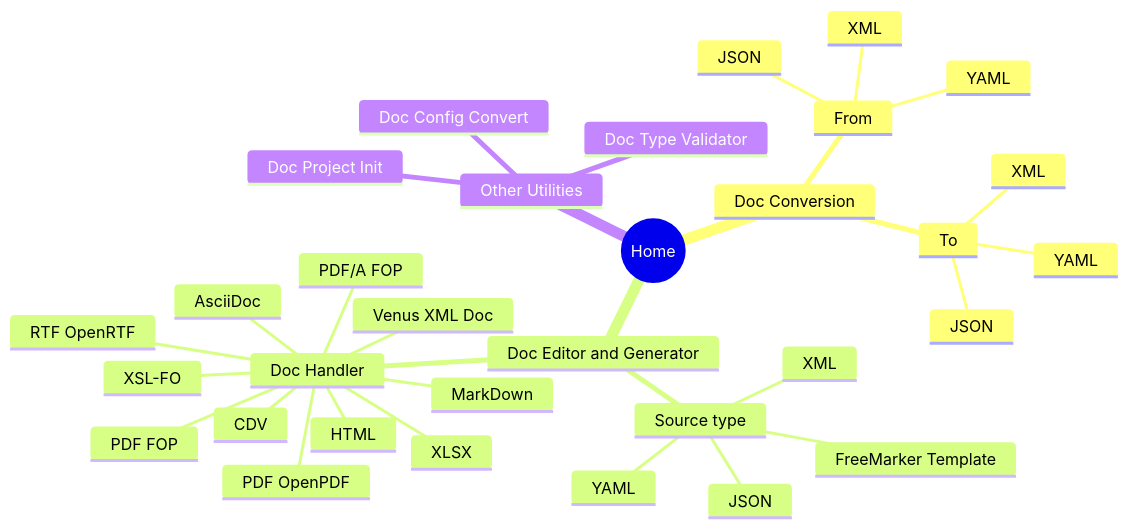
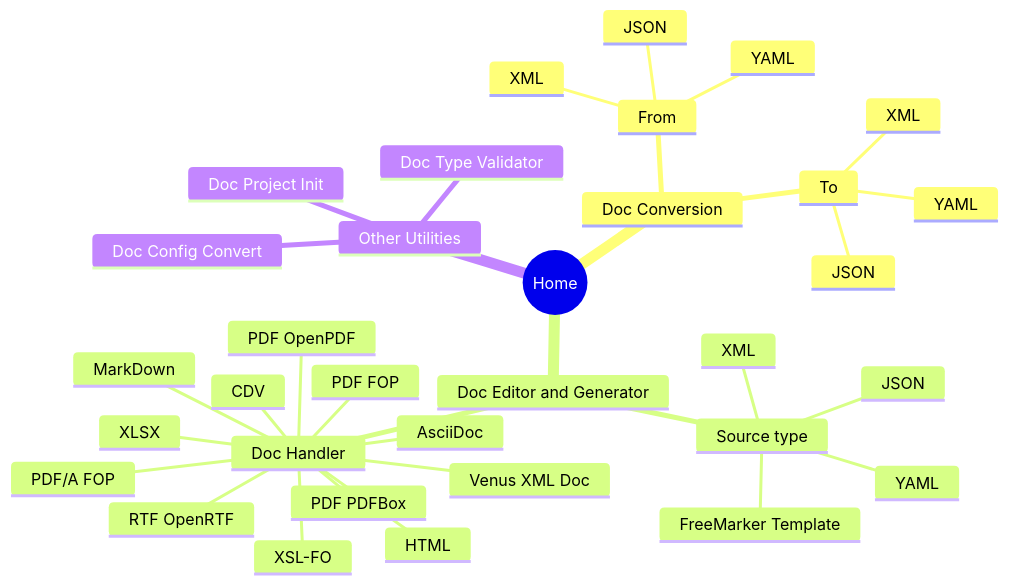
One commit to fugerit-org/fj-doc changed the diagram in fj-doc-guide/src/main/docs/asciidoc/chapters/09_doc-playground.adoc. Above: the diagram before and after it, drawn with Mermaid. The commit also changed 20 other files, not shown here.

```diff
--- a/fj-doc-guide/src/main/docs/asciidoc/chapters/09_doc-playground.adoc
+++ b/fj-doc-guide/src/main/docs/asciidoc/chapters/09_doc-playground.adoc
@@ -13,36 +13,37 @@
 [mermaid, title="Quarkus Playground Menu"]
 ....
 mindmap
   root((Home))
     Doc Conversion
       From
         XML
         JSON
         YAML
       To
         XML
         JSON
         YAML
     Doc Editor and Generator
       Source type
         FreeMarker Template
         XML
         JSON
         YAML
       Doc Handler
         HTML
         PDF FOP
         PDF/A FOP
         XLSX
         MarkDown
         Venus XML Doc
         XSL-FO
         CDV
         PDF OpenPDF
         RTF OpenRTF
+        PDF PDFBox
         AsciiDoc
     Other Utilities
       Doc Project Init
       Doc Type Validator
       Doc Config Convert
 ....
```
